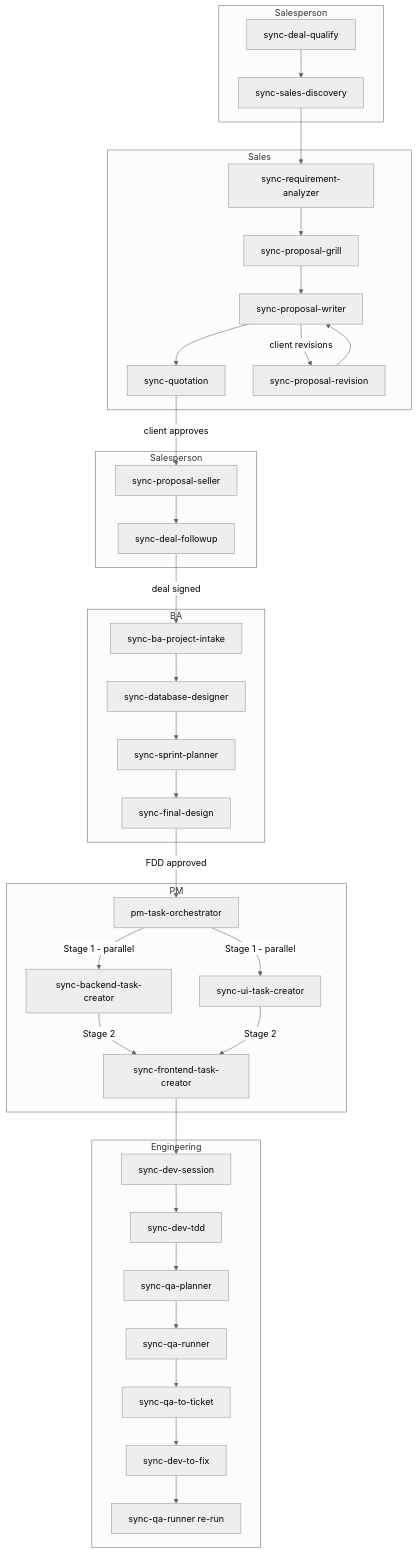
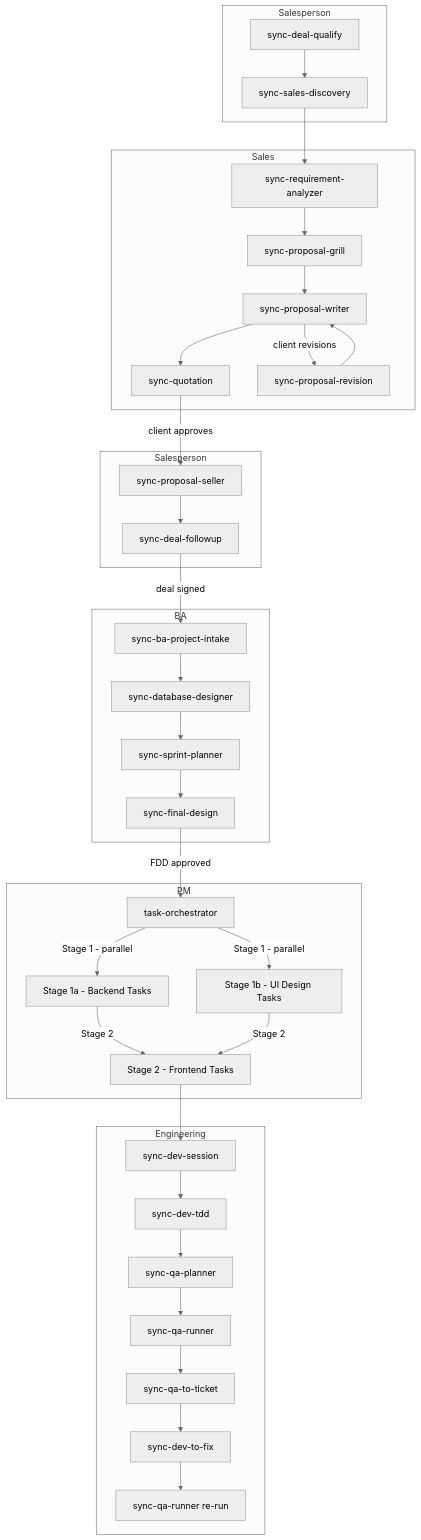
The diagram in README.md (pbdevrepo/syntactics-skills), drawn with Mermaid (neutral theme) before and after one commit. The commit also changed other lines of this file and 13 other files, not shown here.

First line of the commit message:
feat(skill-restructuring): consolidate PM skills into task-orchestrator; move agents to .claude/agents/

````diff
--- a/README.md
+++ b/README.md
@@ -187,48 +184,48 @@
 ```mermaid
 flowchart TD
     subgraph SP1[Salesperson]
         A[sync-deal-qualify] --> B[sync-sales-discovery]
     end
 
     subgraph SAL[Sales]
         C[sync-requirement-analyzer] --> D[sync-proposal-grill]
         D --> E[sync-proposal-writer]
         E --> F[sync-quotation]
         E -->|client revisions| G[sync-proposal-revision]
         G --> E
     end
 
     subgraph SP2[Salesperson]
         H[sync-proposal-seller] --> I[sync-deal-followup]
     end
 
     subgraph BA[BA]
         J[sync-ba-project-intake] --> K[sync-database-designer]
         K --> L[sync-sprint-planner]
         L --> M[sync-final-design]
     end
 
     subgraph PM[PM]
-        N[pm-task-orchestrator]
-        O[sync-backend-task-creator]
-        P[sync-ui-task-creator]
-        Q[sync-frontend-task-creator]
+        N[task-orchestrator]
+        O[Stage 1a - Backend Tasks]
+        P[Stage 1b - UI Design Tasks]
+        Q[Stage 2 - Frontend Tasks]
         N -->|Stage 1 - parallel| O & P
         O & P -->|Stage 2| Q
     end
 
     subgraph ENG[Engineering]
         R[sync-dev-session] --> S[sync-dev-tdd]
         S --> T[sync-qa-planner]
         T --> U[sync-qa-runner]
         U --> V[sync-qa-to-ticket]
         V --> W[sync-dev-to-fix]
         W --> X[sync-qa-runner re-run]
     end
 
     B --> C
     F -->|client approves| H
     I -->|deal signed| J
     M -->|FDD approved| N
     Q --> R
 ```
````
